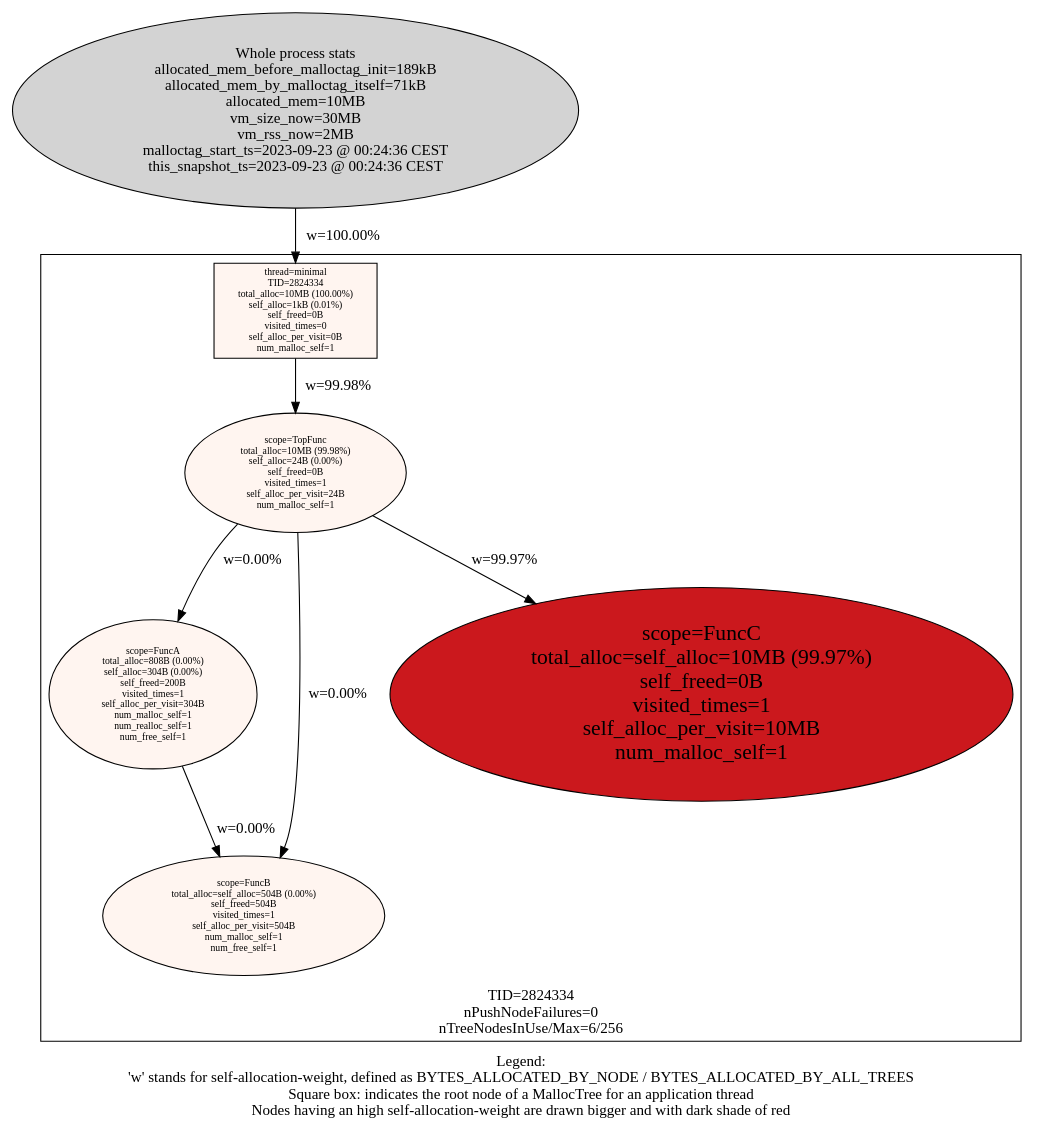
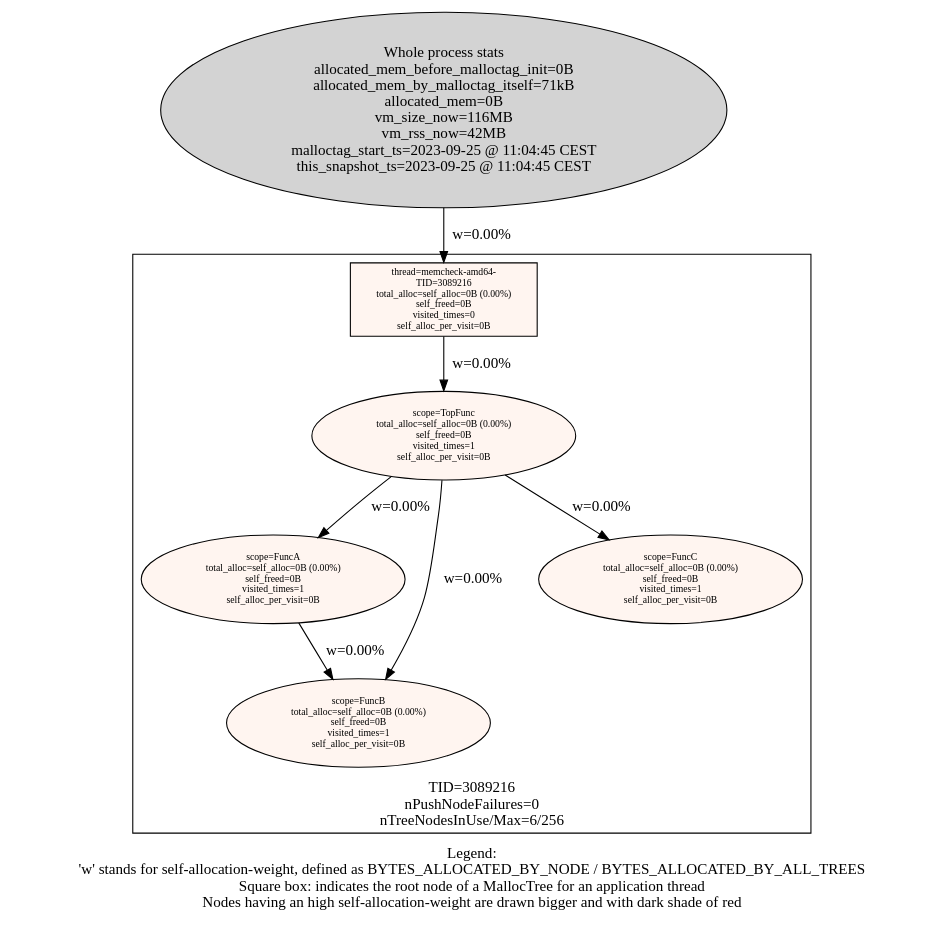
The diagram in examples/minimal/minimal_stats.dot (f18m/malloc-tag), drawn with Graphviz before and after one commit. The commit also changed 12 other files, not shown here.

First line of the commit message:
Cleanup MallocTree node pools at shutdown (#8)

```diff
--- a/examples/minimal/minimal_stats.dot
+++ b/examples/minimal/minimal_stats.dot
@@ -1,31 +1,31 @@
 digraph AllMallocTrees {
  node [colorscheme=reds9 style=filled]
-  "Process 2824334" [label="Whole process stats\nallocated_mem_before_malloctag_init=189kB\nallocated_mem_by_malloctag_itself=71kB\nallocated_mem=10MB\nvm_size_now=30MB\nvm_rss_now=2MB\nmalloctag_start_ts=2023-09-23 @ 00:24:36 CEST\nthis_snapshot_ts=2023-09-23 @ 00:24:36 CEST\n"
+  "Process 3089216" [label="Whole process stats\nallocated_mem_before_malloctag_init=0B\nallocated_mem_by_malloctag_itself=71kB\nallocated_mem=0B\nvm_size_now=116MB\nvm_rss_now=42MB\nmalloctag_start_ts=2023-09-25 @ 11:04:45 CEST\nthis_snapshot_ts=2023-09-25 @ 11:04:45 CEST\n"
 ]
- subgraph cluster_TID2824334 {
+ subgraph cluster_TID3089216 {
   node [colorscheme=reds9 style=filled]
   labelloc="b"
-  label="TID=2824334\nnPushNodeFailures=0\nnTreeNodesInUse/Max=6/256\n"
-  "2824334_minimal" [label="thread=minimal\nTID=2824334\ntotal_alloc=10MB (100.00%)\nself_alloc=1kB (0.01%)\nself_freed=0B\nvisited_times=0\nself_alloc_per_visit=0B\nnum_malloc_self=1\n"
+  label="TID=3089216\nnPushNodeFailures=0\nnTreeNodesInUse/Max=6/256\n"
+  "3089216_memcheck-amd64-" [label="thread=memcheck-amd64-\nTID=3089216\ntotal_alloc=self_alloc=0B (0.00%)\nself_freed=0B\nvisited_times=0\nself_alloc_per_visit=0B\n"
  shape=box fillcolor=1 fontsize=9]
-  "2824334_minimal" -> "2824334_TopFunc" [label="w=99.98%"]
-  "2824334_TopFunc" [label="scope=TopFunc\ntotal_alloc=10MB (99.98%)\nself_alloc=24B (0.00%)\nself_freed=0B\nvisited_times=1\nself_alloc_per_visit=24B\nnum_malloc_self=1\n"
+  "3089216_memcheck-amd64-" -> "3089216_TopFunc" [label="w=0.00%"]
+  "3089216_TopFunc" [label="scope=TopFunc\ntotal_alloc=self_alloc=0B (0.00%)\nself_freed=0B\nvisited_times=1\nself_alloc_per_visit=0B\n"
  fillcolor=1 fontsize=9]
-  "2824334_TopFunc" -> "2824334_FuncA" [label="w=0.00%"]
-  "2824334_TopFunc" -> "2824334_FuncB" [label="w=0.00%"]
-  "2824334_TopFunc" -> "2824334_FuncC" [label="w=99.97%"]
-  "2824334_FuncA" [label="scope=FuncA\ntotal_alloc=808B (0.00%)\nself_alloc=304B (0.00%)\nself_freed=200B\nvisited_times=1\nself_alloc_per_visit=304B\nnum_malloc_self=1\nnum_realloc_self=1\nnum_free_self=1\n"
+  "3089216_TopFunc" -> "3089216_FuncA" [label="w=0.00%"]
+  "3089216_TopFunc" -> "3089216_FuncB" [label="w=0.00%"]
+  "3089216_TopFunc" -> "3089216_FuncC" [label="w=0.00%"]
+  "3089216_FuncA" [label="scope=FuncA\ntotal_alloc=self_alloc=0B (0.00%)\nself_freed=0B\nvisited_times=1\nself_alloc_per_visit=0B\n"
  fillcolor=1 fontsize=9]
-  "2824334_FuncA" -> "2824334_FuncB" [label="w=0.00%"]
-  "2824334_FuncB" [label="scope=FuncB\ntotal_alloc=self_alloc=504B (0.00%)\nself_freed=504B\nvisited_times=1\nself_alloc_per_visit=504B\nnum_malloc_self=1\nnum_free_self=1\n"
+  "3089216_FuncA" -> "3089216_FuncB" [label="w=0.00%"]
+  "3089216_FuncB" [label="scope=FuncB\ntotal_alloc=self_alloc=0B (0.00%)\nself_freed=0B\nvisited_times=1\nself_alloc_per_visit=0B\n"
  fillcolor=1 fontsize=9]
-  "2824334_FuncB" [label="scope=FuncB\ntotal_alloc=self_alloc=504B (0.00%)\nself_freed=504B\nvisited_times=1\nself_alloc_per_visit=504B\nnum_malloc_self=1\nnum_free_self=1\n"
+  "3089216_FuncB" [label="scope=FuncB\ntotal_alloc=self_alloc=0B (0.00%)\nself_freed=0B\nvisited_times=1\nself_alloc_per_visit=0B\n"
  fillcolor=1 fontsize=9]
-  "2824334_FuncC" [label="scope=FuncC\ntotal_alloc=self_alloc=10MB (99.97%)\nself_freed=0B\nvisited_times=1\nself_alloc_per_visit=10MB\nnum_malloc_self=1\n"
- fillcolor=7 fontsize=20]
+  "3089216_FuncC" [label="scope=FuncC\ntotal_alloc=self_alloc=0B (0.00%)\nself_freed=0B\nvisited_times=1\nself_alloc_per_visit=0B\n"
+ fillcolor=1 fontsize=9]
  }
 
-  "Process 2824334" -> "2824334_minimal" [label="w=100.00%"]
+  "Process 3089216" -> "3089216_memcheck-amd64-" [label="w=0.00%"]
  labelloc="b"
  label="Legend:\n'w' stands for self-allocation-weight, defined as BYTES_ALLOCATED_BY_NODE / BYTES_ALLOCATED_BY_ALL_TREES\nSquare box: indicates the root node of a MallocTree for an application thread\nNodes having an high self-allocation-weight are drawn bigger and with dark shade of red\n"
 }
```
